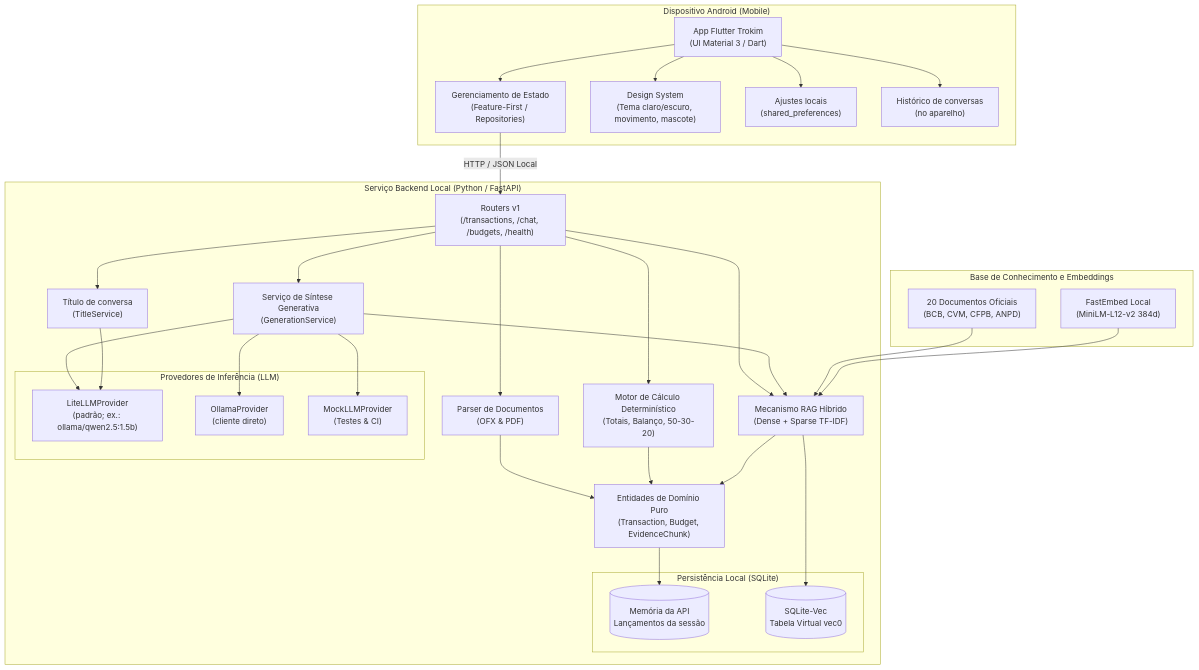
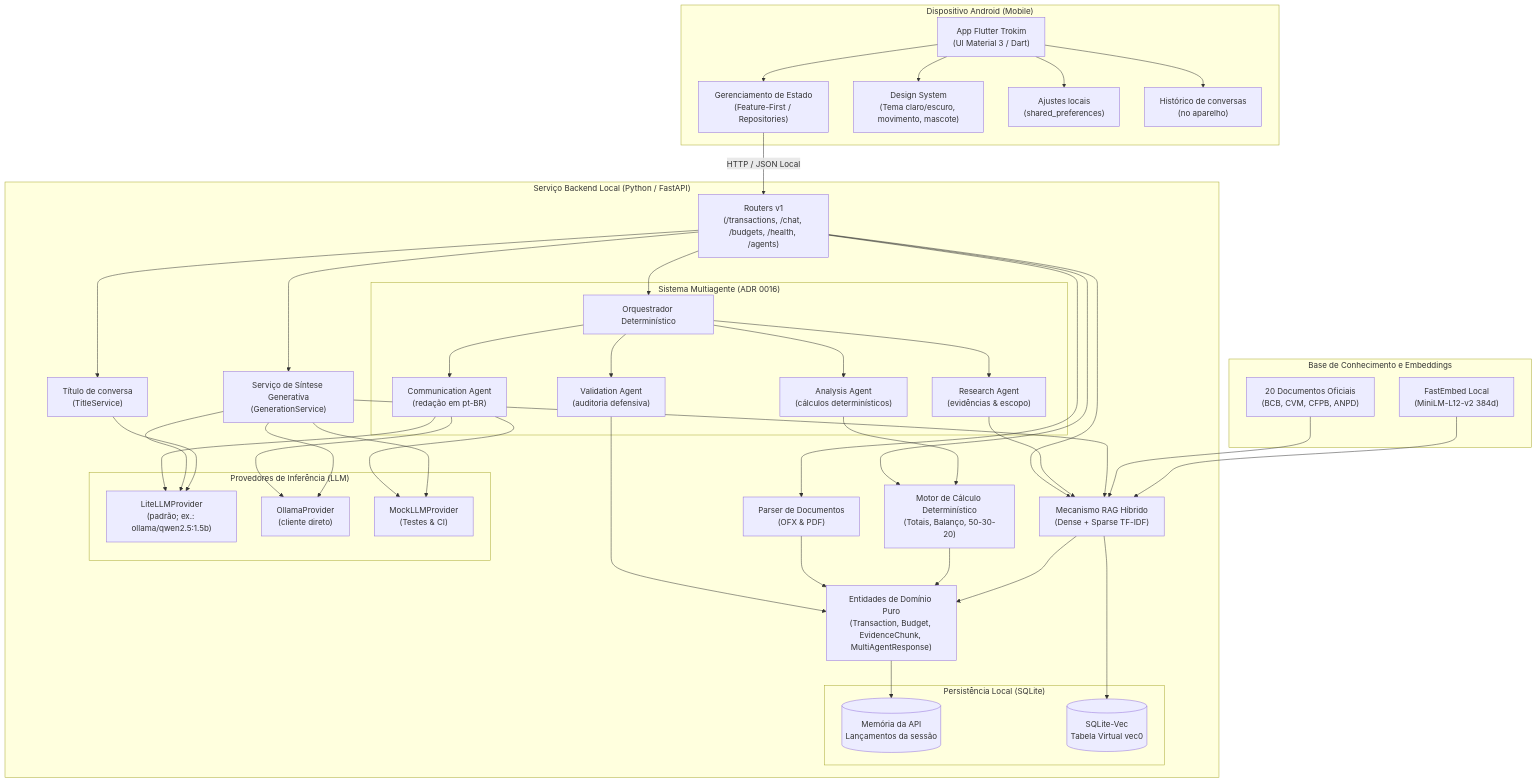
The first of 6 diagrams in docs/arquitetura/mapa-do-sistema.md (moonshinerd/trokim), drawn with Mermaid before and after one commit. The commit also changed 11 other files, not shown here.

```diff
--- a/docs/arquitetura/mapa-do-sistema.md
+++ b/docs/arquitetura/mapa-do-sistema.md
@@ -21,7 +21,7 @@
     end
 
     subgraph "Serviço Backend Local (Python / FastAPI)"
-        APIEntry["Routers v1<br/>(/transactions, /chat, /budgets, /health)"]
+        APIEntry["Routers v1<br/>(/transactions, /chat, /budgets, /health, /agents)"]
         
         Parser["Parser de Documentos<br/>(OFX & PDF)"]
         CalcService["Motor de Cálculo Determinístico<br/>(Totais, Balanço, 50-30-20)"]
@@ -29,7 +29,15 @@
         GenService["Serviço de Síntese Generativa<br/>(GenerationService)"]
         TitleSvc["Título de conversa<br/>(TitleService)"]
         
-        DomainCore["Entidades de Domínio Puro<br/>(Transaction, Budget, EvidenceChunk)"]
+        subgraph "Sistema Multiagente (ADR 0016)"
+            Orchestrator["Orquestrador Determinístico"]
+            ResearchAgent["Research Agent<br/>(evidências & escopo)"]
+            AnalysisAgent["Analysis Agent<br/>(cálculos determinísticos)"]
+            CommAgent["Communication Agent<br/>(redação em pt-BR)"]
+            ValidAgent["Validation Agent<br/>(auditoria defensiva)"]
+        end
+        
+        DomainCore["Entidades de Domínio Puro<br/>(Transaction, Budget, EvidenceChunk, MultiAgentResponse)"]
         
         subgraph "Persistência Local (SQLite)"
             Mem[(Memória da API<br/>Lançamentos da sessão)]
@@ -47,6 +55,19 @@
         APIEntry --> RAGService
         APIEntry --> GenService
         APIEntry --> TitleSvc
+        APIEntry --> Orchestrator
+        
+        Orchestrator --> ResearchAgent
+        Orchestrator --> AnalysisAgent
+        Orchestrator --> CommAgent
+        Orchestrator --> ValidAgent
+        
+        ResearchAgent --> RAGService
+        AnalysisAgent --> CalcService
+        CommAgent --> LiteLLM
+        CommAgent --> OllamaClient
+        CommAgent --> MockLLM
+        ValidAgent --> DomainCore
         
         Parser --> DomainCore
         CalcService --> DomainCore
```
